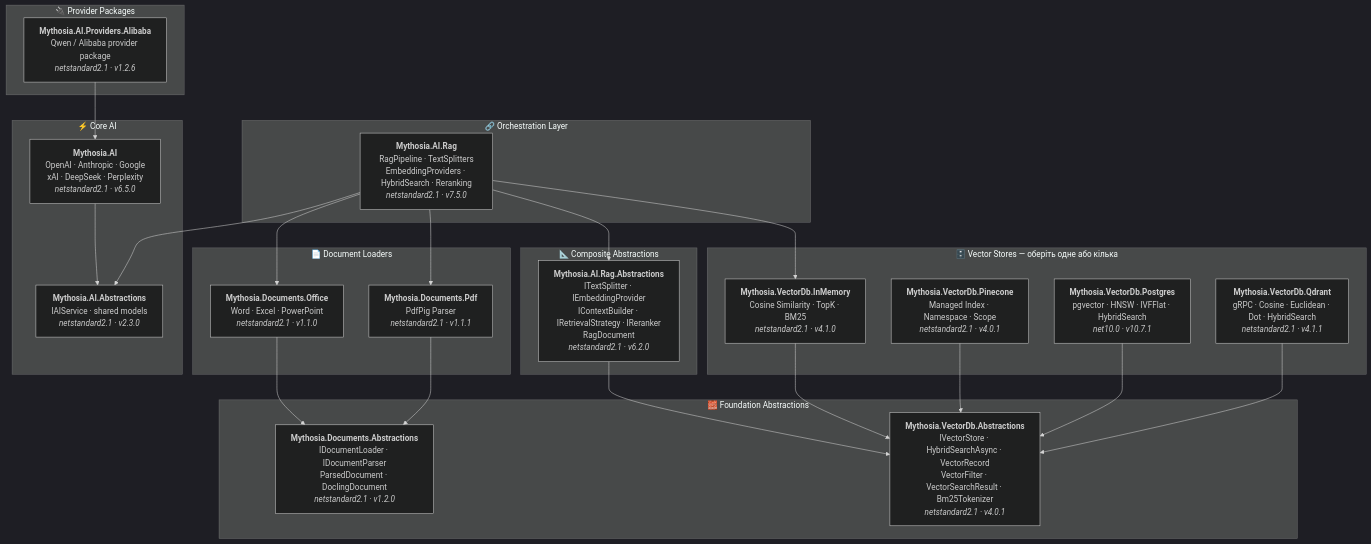
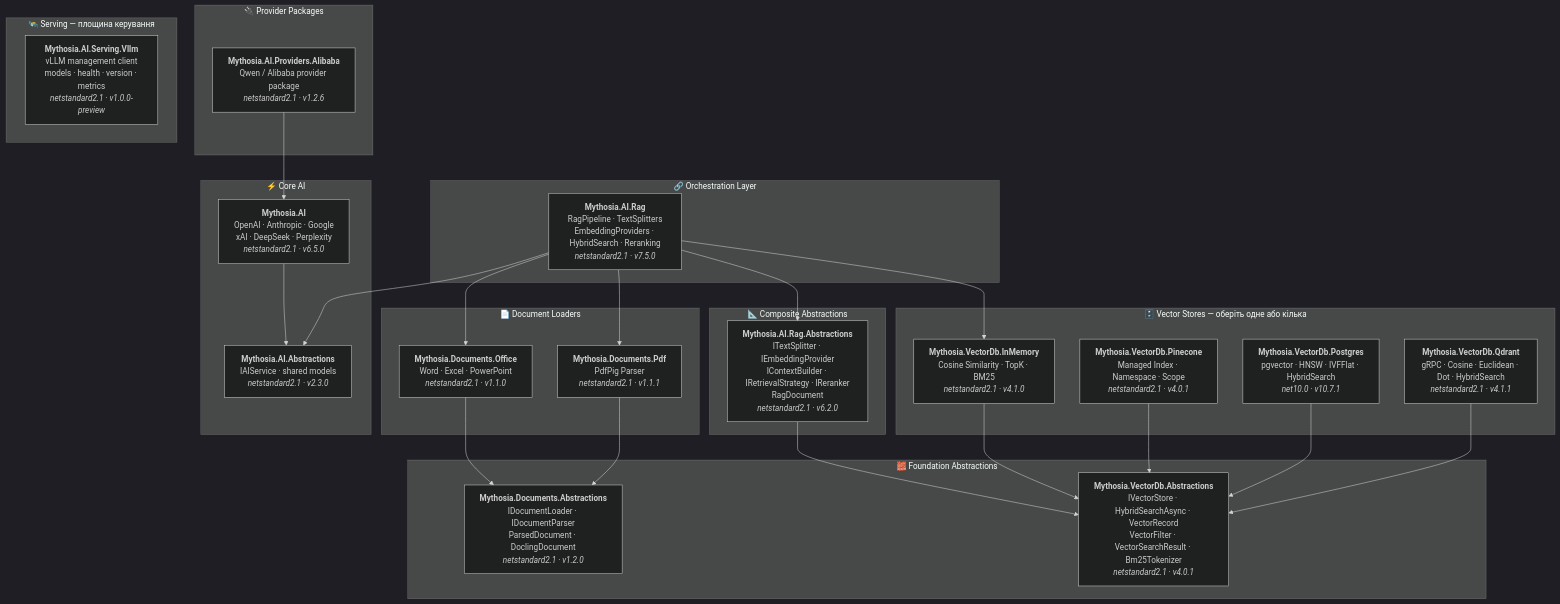
One commit to AJ-comp/Mythosia.AI changed the diagram in docs/uk/README.md. Above: the diagram before and after it, drawn with Mermaid (dark theme). The commit also changed other lines of this file and 28 other files, not shown here.

````diff
--- a/docs/uk/README.md
+++ b/docs/uk/README.md
@@ -48,62 +48,66 @@
 ```mermaid
 graph TD
     subgraph "🔗 Orchestration Layer"
         Rag["<b>Mythosia.AI.Rag</b><br/>RagPipeline · TextSplitters<br/>EmbeddingProviders · HybridSearch · Reranking<br/><i>netstandard2.1 · v7.5.0</i>"]
     end
 
     subgraph "⚡ Core AI"
         AI["<b>Mythosia.AI</b><br/>OpenAI · Anthropic · Google<br/>xAI · DeepSeek · Perplexity<br/><i>netstandard2.1 · v6.5.0</i>"]
         AIAbs["<b>Mythosia.AI.Abstractions</b><br/>IAIService · shared models<br/><i>netstandard2.1 · v2.3.0</i>"]
     end
 
     subgraph "🔌 Provider Packages"
         Alibaba["<b>Mythosia.AI.Providers.Alibaba</b><br/>Qwen / Alibaba provider package<br/><i>netstandard2.1 · v1.2.6</i>"]
+    end
+
+    subgraph "🛰️ Serving — площина керування"
+        VllmServing["<b>Mythosia.AI.Serving.Vllm</b><br/>vLLM management client<br/>models · health · version · metrics<br/><i>netstandard2.1 · v1.0.0-preview</i>"]
     end
 
     subgraph "📄 Document Loaders"
         Office["<b>Mythosia.Documents.Office</b><br/>Word · Excel · PowerPoint<br/><i>netstandard2.1 · v1.1.0</i>"]
         Pdf["<b>Mythosia.Documents.Pdf</b><br/>PdfPig Parser<br/><i>netstandard2.1 · v1.1.1</i>"]
     end
 
     subgraph "📐 Composite Abstractions"
         RagAbs["<b>Mythosia.AI.Rag.Abstractions</b><br/>ITextSplitter · IEmbeddingProvider<br/>IContextBuilder · IRetrievalStrategy · IReranker<br/>RagDocument<br/><i>netstandard2.1 · v6.2.0</i>"]
     end
 
     subgraph "🗄️ Vector Stores — оберіть одне або кілька"
         InMem["<b>Mythosia.VectorDb.InMemory</b><br/>Cosine Similarity · TopK · BM25<br/><i>netstandard2.1 · v4.1.0</i>"]
         Pine["<b>Mythosia.VectorDb.Pinecone</b><br/>Managed Index · Namespace · Scope<br/><i>netstandard2.1 · v4.0.1</i>"]
         Pg["<b>Mythosia.VectorDb.Postgres</b><br/>pgvector · HNSW · IVFFlat · HybridSearch<br/><i>net10.0 · v10.7.1</i>"]
         Qd["<b>Mythosia.VectorDb.Qdrant</b><br/>gRPC · Cosine · Euclidean · Dot · HybridSearch<br/><i>netstandard2.1 · v4.1.1</i>"]
     end
 
     subgraph "🧱 Foundation Abstractions"
         LoaderAbs["<b>Mythosia.Documents.Abstractions</b><br/>IDocumentLoader · IDocumentParser<br/>ParsedDocument · DoclingDocument<br/><i>netstandard2.1 · v1.2.0</i>"]
         VdbAbs["<b>Mythosia.VectorDb.Abstractions</b><br/>IVectorStore · HybridSearchAsync · VectorRecord<br/>VectorFilter · VectorSearchResult · Bm25Tokenizer<br/><i>netstandard2.1 · v4.0.1</i>"]
     end
 
     %% Core AI internal
     AI --> AIAbs
 
     %% Orchestration → dependencies
     Rag --> AIAbs
     Rag --> Office
     Rag --> Pdf
     Rag --> RagAbs
     Rag --> InMem
 
     %% Provider packages → core
     Alibaba --> AI
 
     %% Composite → Foundation
     RagAbs --> VdbAbs
 
     %% Loaders → Foundation
     Office --> LoaderAbs
     Pdf --> LoaderAbs
 
     %% VectorStores → Foundation
     InMem --> VdbAbs
     Pine --> VdbAbs
     Pg --> VdbAbs
     Qd --> VdbAbs
 ```
````
